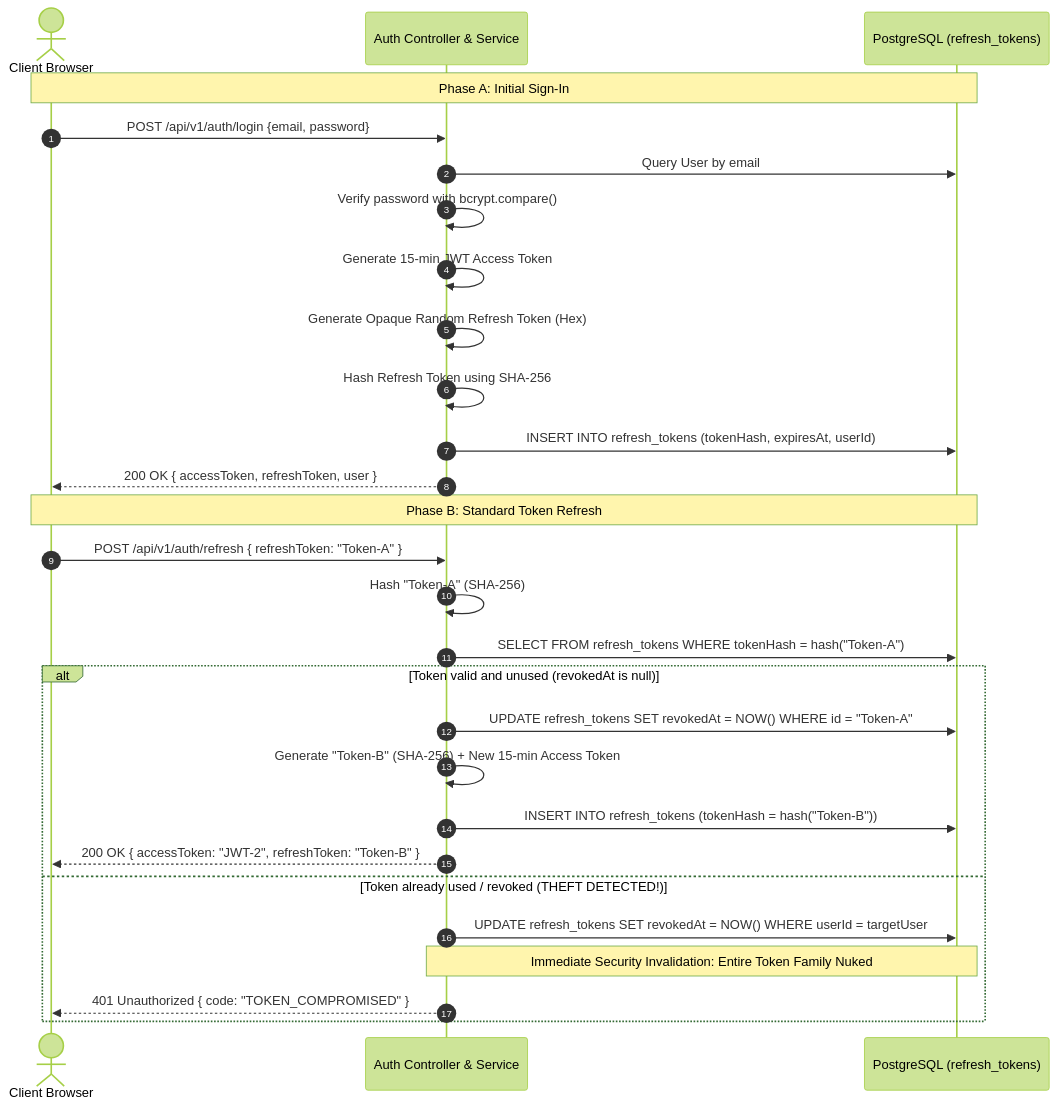
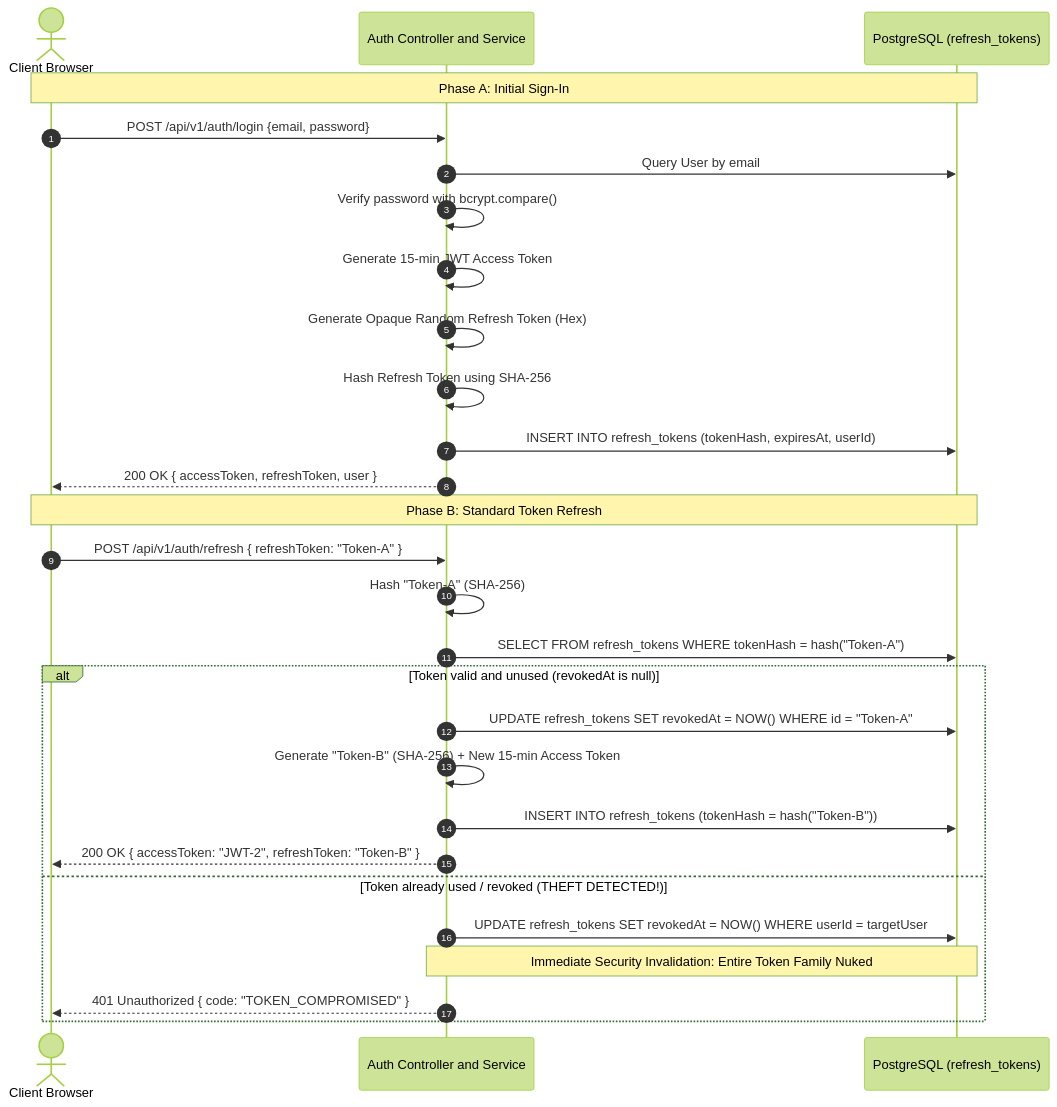
One commit to CloudProject-007/telemedicine changed the third of 10 diagrams in README.md. Above: the diagram before and after it, drawn with Mermaid (forest theme). The commit also changed other lines of this file, not shown here.

````diff
--- a/README.md
+++ b/README.md
@@ -183,32 +205,32 @@
 ```mermaid
 sequenceDiagram
     autonumber
     actor Client as Client Browser
-    participant API as Auth Controller & Service
+    participant API as Auth Controller and Service
     participant DB as PostgreSQL (refresh_tokens)
 
     Note over Client,DB: Phase A: Initial Sign-In
     Client->>API: POST /api/v1/auth/login {email, password}
     API->>DB: Query User by email
     API->>API: Verify password with bcrypt.compare()
     API->>API: Generate 15-min JWT Access Token
     API->>API: Generate Opaque Random Refresh Token (Hex)
     API->>API: Hash Refresh Token using SHA-256
     API->>DB: INSERT INTO refresh_tokens (tokenHash, expiresAt, userId)
     API-->>Client: 200 OK { accessToken, refreshToken, user }
 
     Note over Client,DB: Phase B: Standard Token Refresh
     Client->>API: POST /api/v1/auth/refresh { refreshToken: "Token-A" }
     API->>API: Hash "Token-A" (SHA-256)
     API->>DB: SELECT FROM refresh_tokens WHERE tokenHash = hash("Token-A")
     alt Token valid and unused (revokedAt is null)
         API->>DB: UPDATE refresh_tokens SET revokedAt = NOW() WHERE id = "Token-A"
         API->>API: Generate "Token-B" (SHA-256) + New 15-min Access Token
         API->>DB: INSERT INTO refresh_tokens (tokenHash = hash("Token-B"))
         API-->>Client: 200 OK { accessToken: "JWT-2", refreshToken: "Token-B" }
     else Token already used / revoked (THEFT DETECTED!)
         API->>DB: UPDATE refresh_tokens SET revokedAt = NOW() WHERE userId = targetUser
         Note over API,DB: Immediate Security Invalidation: Entire Token Family Nuked
         API-->>Client: 401 Unauthorized { code: "TOKEN_COMPROMISED" }
     end
 ```
````
